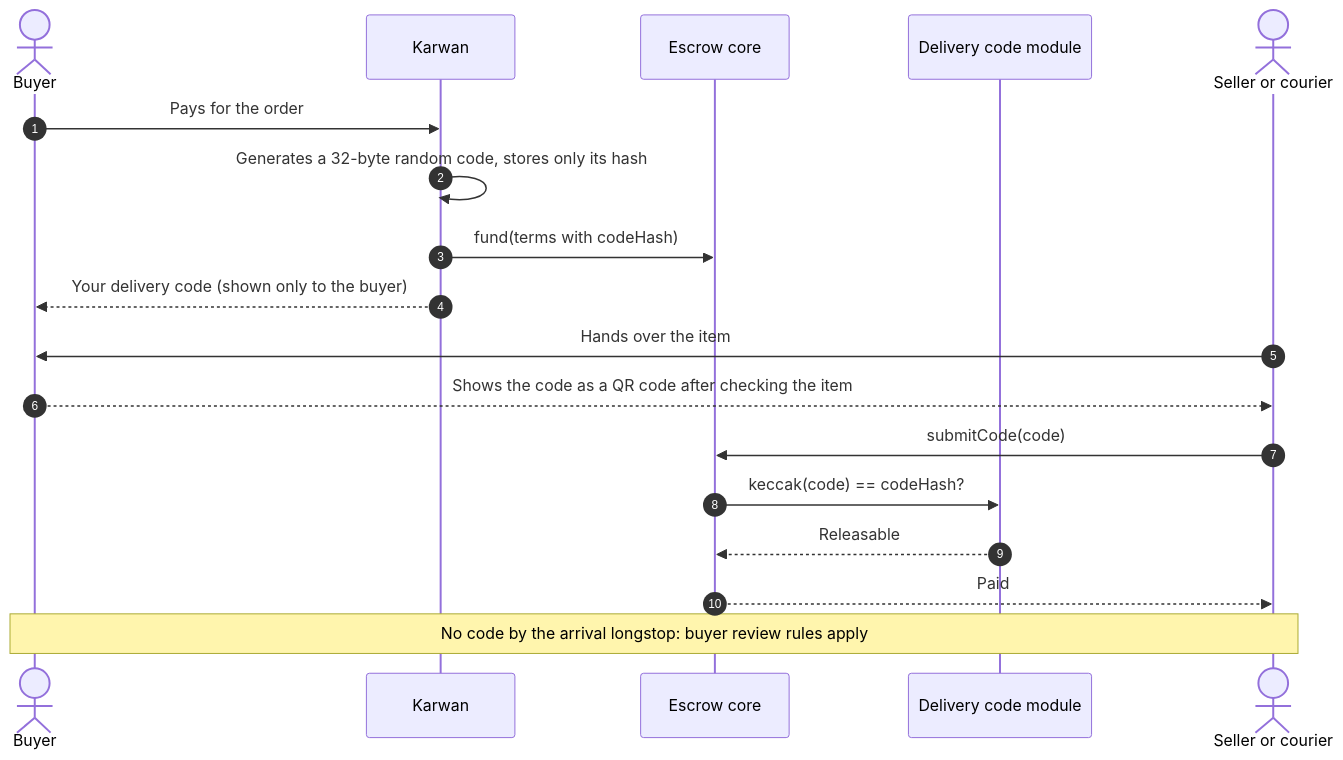
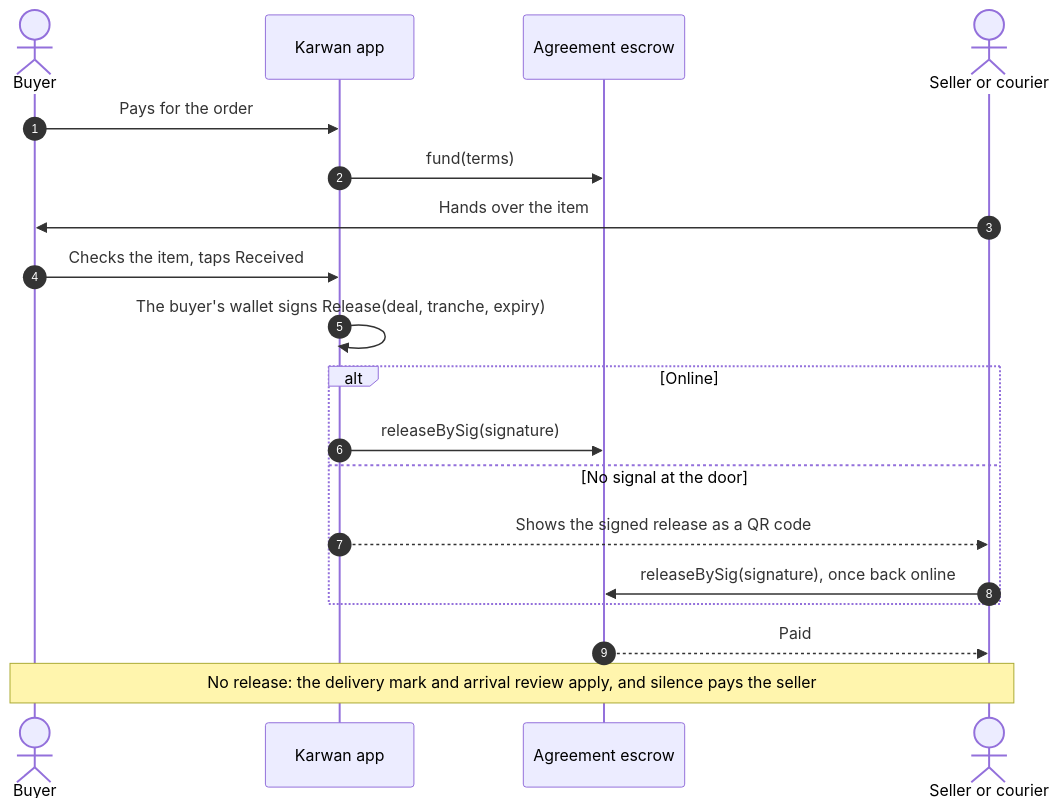
One commit to Iziedking/Karwan changed the second of 4 diagrams in docs/architecture/07-escrow.md. Above: the diagram before and after it, drawn with Mermaid. The commit also changed other lines of this file and 1 other file, not shown here.

Commit message:
docs(architecture): signed release at handover, instalment plans with pledged parts, and disputes with appeal and a fallback built

````diff
--- a/docs/architecture/07-escrow.md
+++ b/docs/architecture/07-escrow.md
@@ -95,21 +95,22 @@
 ```mermaid
 sequenceDiagram
   autonumber
   actor B as Buyer
-  participant APP as Karwan
-  participant ESC as Escrow core
-  participant DCM as Delivery code module
+  participant APP as Karwan app
+  participant ESC as Agreement escrow
   actor S as Seller or courier
 
   B->>APP: Pays for the order
-  APP->>APP: Generates a 32-byte random code, stores only its hash
-  APP->>ESC: fund(terms with codeHash)
-  APP-->>B: Your delivery code (shown only to the buyer)
+  APP->>ESC: fund(terms)
   S->>B: Hands over the item
-  B-->>S: Shows the code as a QR code after checking the item
-  S->>ESC: submitCode(code)
-  ESC->>DCM: keccak(code) == codeHash?
-  DCM-->>ESC: Releasable
+  B->>APP: Checks the item, taps Received
+  APP->>APP: The buyer's wallet signs Release(deal, tranche, expiry)
+  alt Online
+    APP->>ESC: releaseBySig(signature)
+  else No signal at the door
+    APP-->>S: Shows the signed release as a QR code
+    S->>ESC: releaseBySig(signature), once back online
+  end
   ESC-->>S: Paid
-  Note over B,S: No code by the arrival longstop: buyer review rules apply
+  Note over B,S: No release: the delivery mark and arrival review apply, and silence pays the seller
 ```
````
